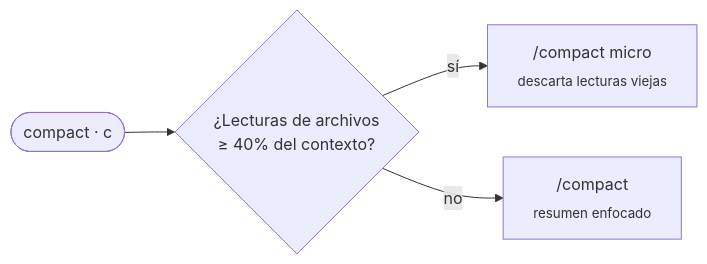
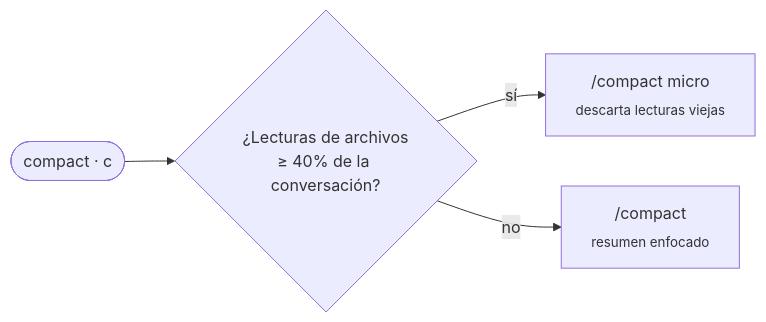
Before and after one commit to edsoncantuaria/cc-cost: the diagram in README.es.md, drawn with Mermaid. The commit also changed other lines of this file and 7 other files, not shown here.

````diff
--- a/README.es.md
+++ b/README.es.md
@@ -75,6 +75,6 @@
 ```mermaid
 flowchart LR
-    A([compact · c]) --> B{¿Lecturas de archivos<br>≥ 40% del contexto?}
+    A([compact · c]) --> B{¿Lecturas de archivos<br>≥ 40% de la conversación?}
     B -- sí --> C["/compact micro<br><sub>descarta lecturas viejas</sub>"]
     B -- no --> D["/compact<br><sub>resumen enfocado</sub>"]
 ```
````
